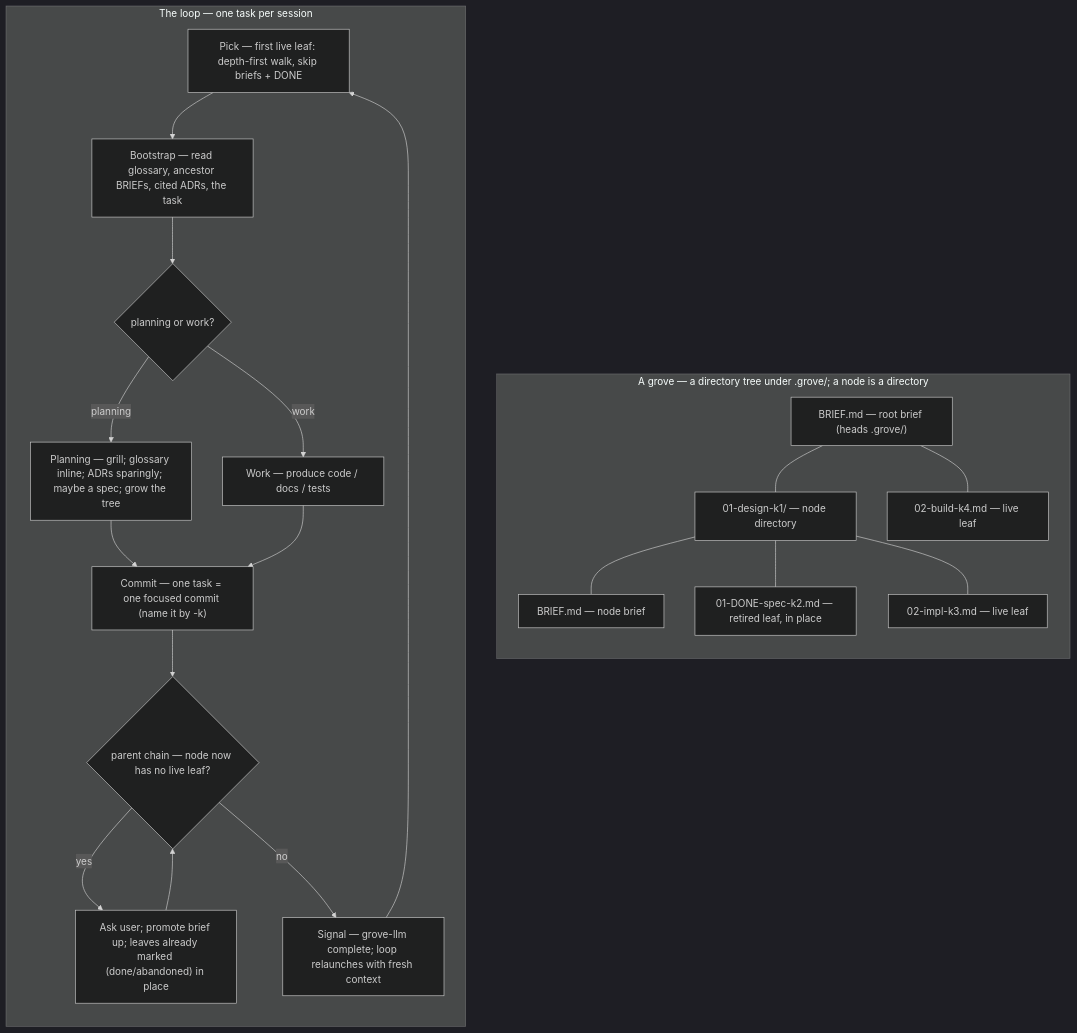
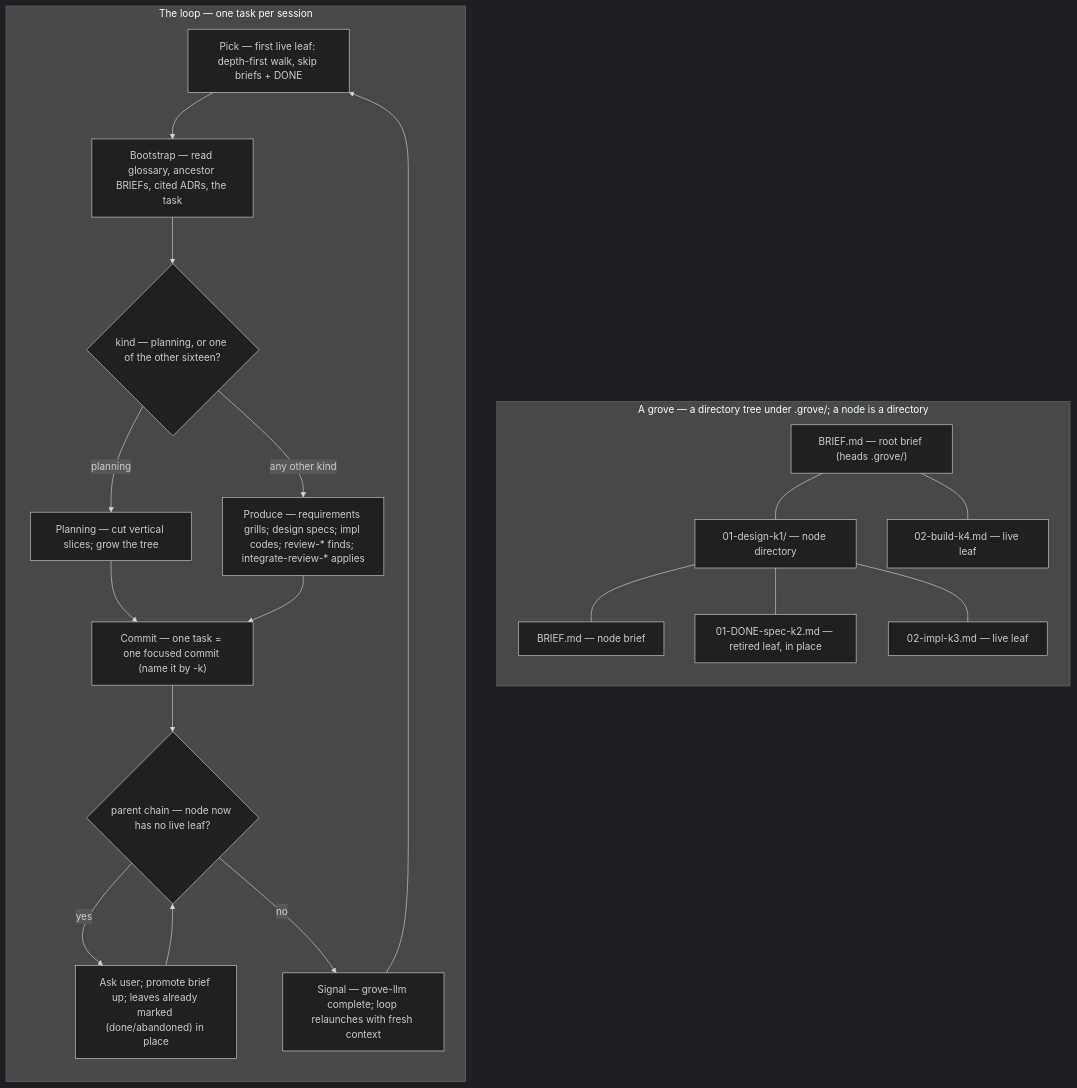
One commit to Linkuistics/grove changed the diagram in content/SKILL.md. Above: the diagram before and after it, drawn with Mermaid (dark theme). The commit also changed other lines of this file and 17 other files, not shown here.

````diff
--- a/content/SKILL.md
+++ b/content/SKILL.md
@@ -13,35 +13,35 @@
 ```mermaid
 flowchart TD
   subgraph tree["A grove — a directory tree under .grove/; a node is a directory"]
     direction TB
     root["BRIEF.md — root brief (heads .grove/)"]
     n1["01-design-k1/ — node directory"]
     nb1["BRIEF.md — node brief"]
     l1["01-DONE-spec-k2.md — retired leaf, in place"]
     l2["02-impl-k3.md — live leaf"]
     n2["02-build-k4.md — live leaf"]
     root --- n1
     root --- n2
     n1 --- nb1
     n1 --- l1
     n1 --- l2
   end
   subgraph loop["The loop — one task per session"]
     direction TB
     pick["Pick — first live leaf: depth-first walk, skip briefs + DONE"]
     boot["Bootstrap — read glossary, ancestor BRIEFs, cited ADRs, the task"]
-    exec{"planning or work?"}
-    plan["Planning — grill; glossary inline; ADRs sparingly; maybe a spec; grow the tree"]
-    work["Work — produce code / docs / tests"]
+    exec{"kind — planning, or one of the other sixteen?"}
+    plan["Planning — cut vertical slices; grow the tree"]
+    work["Produce — requirements grills; design specs; impl codes; review-* finds; integrate-review-* applies"]
     commit["Commit — one task = one focused commit (name it by <slug>-k<key>)"]
     retire{"parent chain — node now has no live leaf?"}
     ret["Ask user; promote brief up; leaves already marked (done/abandoned) in place"]
     signal["Signal — grove-llm complete; loop relaunches with fresh context"]
     pick --> boot --> exec
     exec -->|planning| plan --> commit
-    exec -->|work| work --> commit
+    exec -->|any other kind| work --> commit
     commit --> retire
     retire -->|yes| ret --> retire
     retire -->|no| signal --> pick
   end
 ```
````
